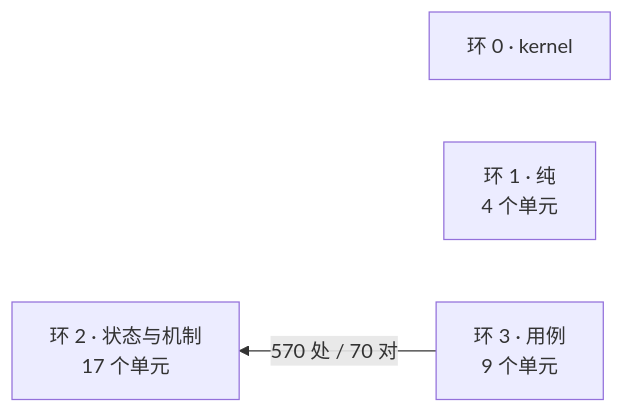
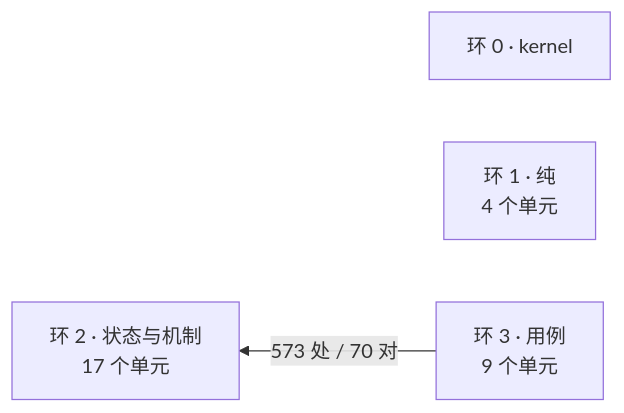
The diagram in docs/architecture/dependency-map.md (theRMM714/Solomni), drawn with Mermaid before and after one commit. The commit also changed other lines of this file and 42 other files, not shown here.

````diff
--- a/docs/architecture/dependency-map.md
+++ b/docs/architecture/dependency-map.md
@@ -14,8 +14,8 @@
 ```mermaid
 flowchart RL
   R0["环 0 · kernel"]
   R1["环 1 · 纯<br/>4 个单元"]
   R2["环 2 · 状态与机制<br/>17 个单元"]
   R3["环 3 · 用例<br/>9 个单元"]
-  R3 -->|"570 处 / 70 对"| R2
+  R3 -->|"573 处 / 70 对"| R2
 ```
````
